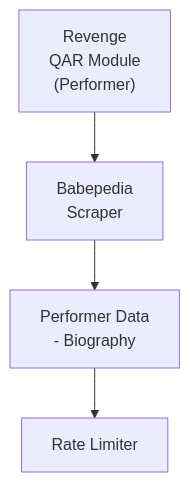
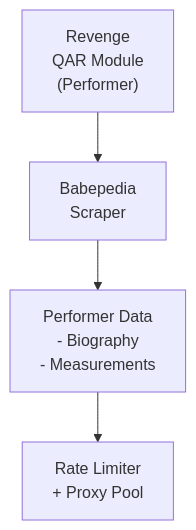
Before and after one commit to lusoris/revenge: the diagram in docs/dev/design/integrations/wiki/adult/BABEPEDIA.md, drawn with Mermaid. The commit also changed 208 other files, not shown here.

First line of the commit message:
feat(docs): Improve ASCII to Mermaid converter with proper box extraction

````diff
--- a/docs/dev/design/integrations/wiki/adult/BABEPEDIA.md
+++ b/docs/dev/design/integrations/wiki/adult/BABEPEDIA.md
@@ -57,10 +57,10 @@
 ```mermaid
 flowchart TD
     node1["Revenge<br/>QAR Module<br/>(Performer)"]
     node2["Babepedia<br/>Scraper"]
-    node3["Performer Data<br/>- Biography"]
-    node4["Rate Limiter"]
+    node3["Performer Data<br/>- Biography<br/>- Measurements"]
+    node4["Rate Limiter<br/>+ Proxy Pool"]
     node2 --> node3
     node1 --> node2
     node3 --> node4
 ```
````
